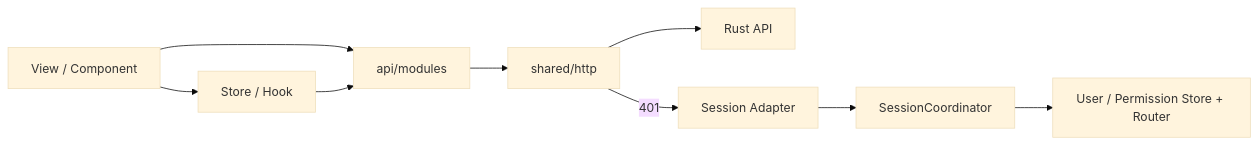
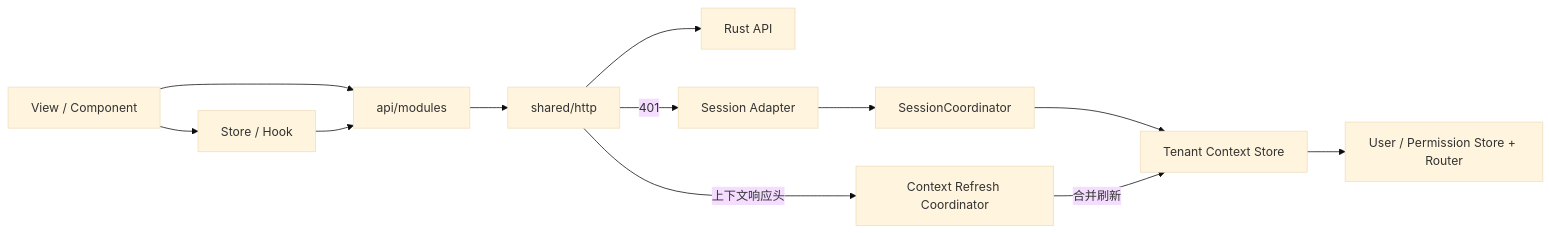
One commit to Edgar-ycy/ryframe-vue3 changed the diagram in ARCHITECTURE.md. Above: the diagram before and after it, drawn with Mermaid (base theme). The commit also changed other lines of this file and 85 other files, not shown here.

Commit message:
feat(tenant): add capability-aware tenant context and data operations

````diff
--- a/ARCHITECTURE.md
+++ b/ARCHITECTURE.md
@@ -43,11 +45,14 @@
 ```mermaid
 flowchart LR
     A["View / Component"] --> B["Store / Hook"]
     A --> C["api/modules"]
     B --> C
     C --> D["shared/http"]
     D --> E["Rust API"]
     D -->|"401"| F["Session Adapter"]
     F --> G["SessionCoordinator"]
-    G --> H["User / Permission Store + Router"]
+    G --> H["Tenant Context Store"]
+    H --> I["User / Permission Store + Router"]
+    D -->|"上下文响应头"| J["Context Refresh Coordinator"]
+    J -->|"合并刷新"| H
 ```
````
